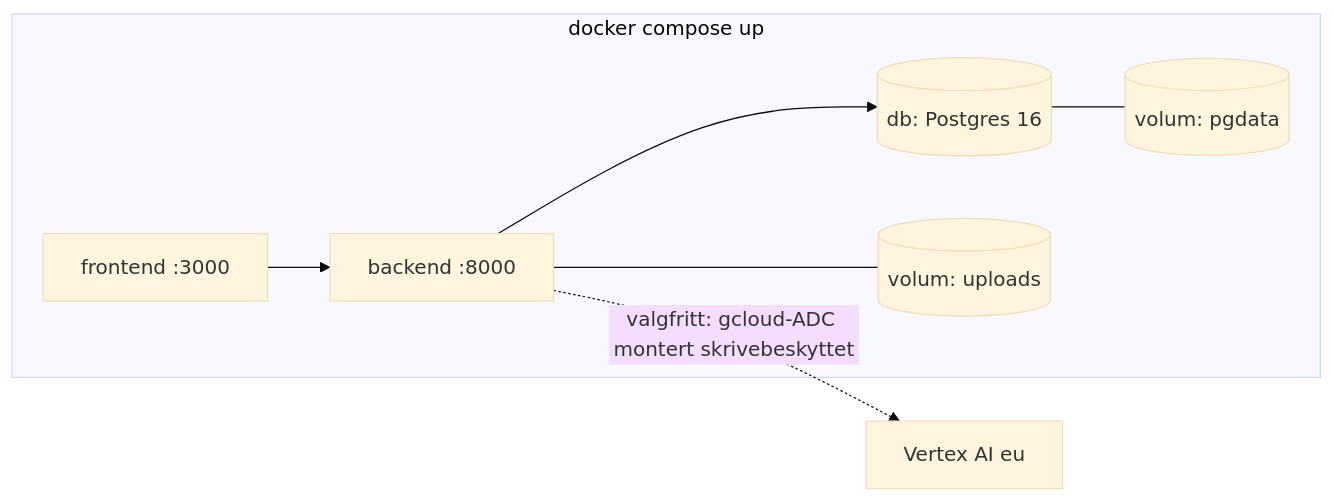
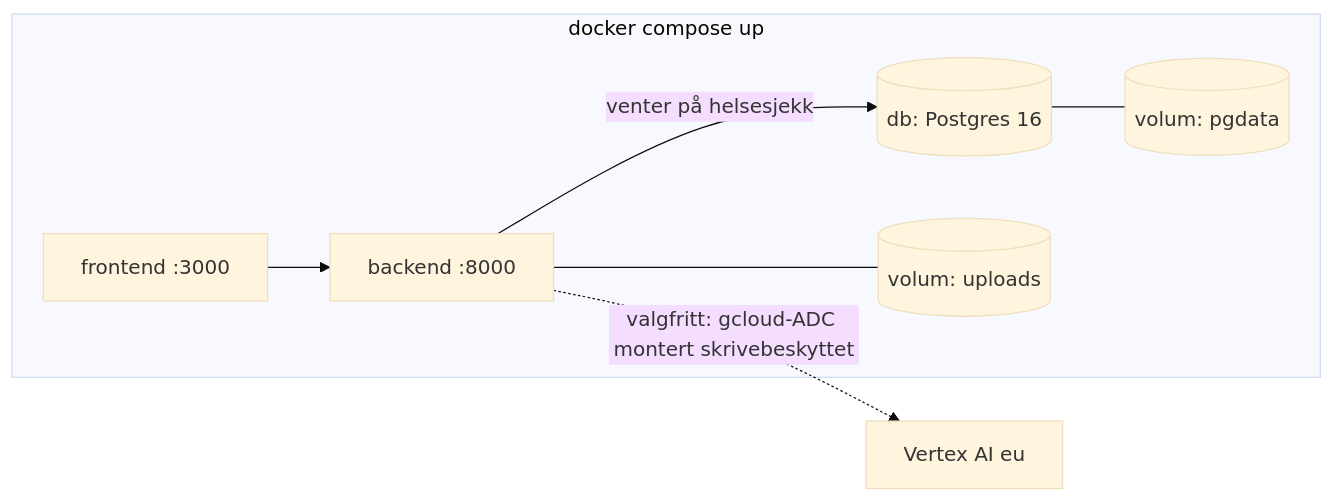
The third of 4 diagrams in _bmad-output/planning-artifacts/architecture/architecture-G91-vikvald-2026-11-14/ARCHITECTURE-SPINE.md (IBE160-2026/G91-vikvald), drawn with Mermaid (base theme) before and after one commit. The commit also changed other lines of this file and 1 other file, not shown here.

````diff
--- a/_bmad-output/planning-artifacts/architecture/architecture-G91-vikvald-2026-11-14/ARCHITECTURE-SPINE.md
+++ b/_bmad-output/planning-artifacts/architecture/architecture-G91-vikvald-2026-11-14/ARCHITECTURE-SPINE.md
@@ -191,10 +251,10 @@
 ```mermaid
 flowchart LR
   subgraph compose[docker compose up]
     F[frontend :3000] --> A[backend :8000]
-    A --> D[(db: Postgres 16)]
+    A -->|venter på helsesjekk| D[(db: Postgres 16)]
     A --- V1[(volum: uploads)]
     D --- V2[(volum: pgdata)]
   end
   A -.->|valgfritt: gcloud-ADC montert skrivebeskyttet| G[Vertex AI eu]
 ```
````
